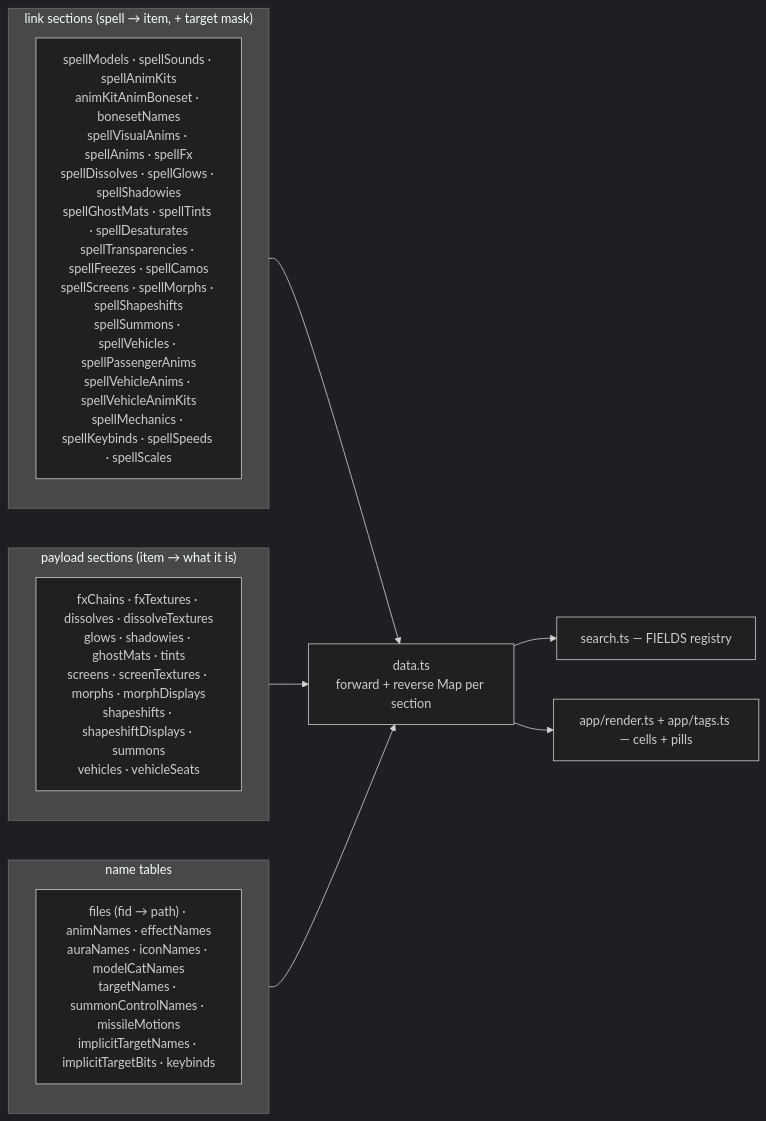
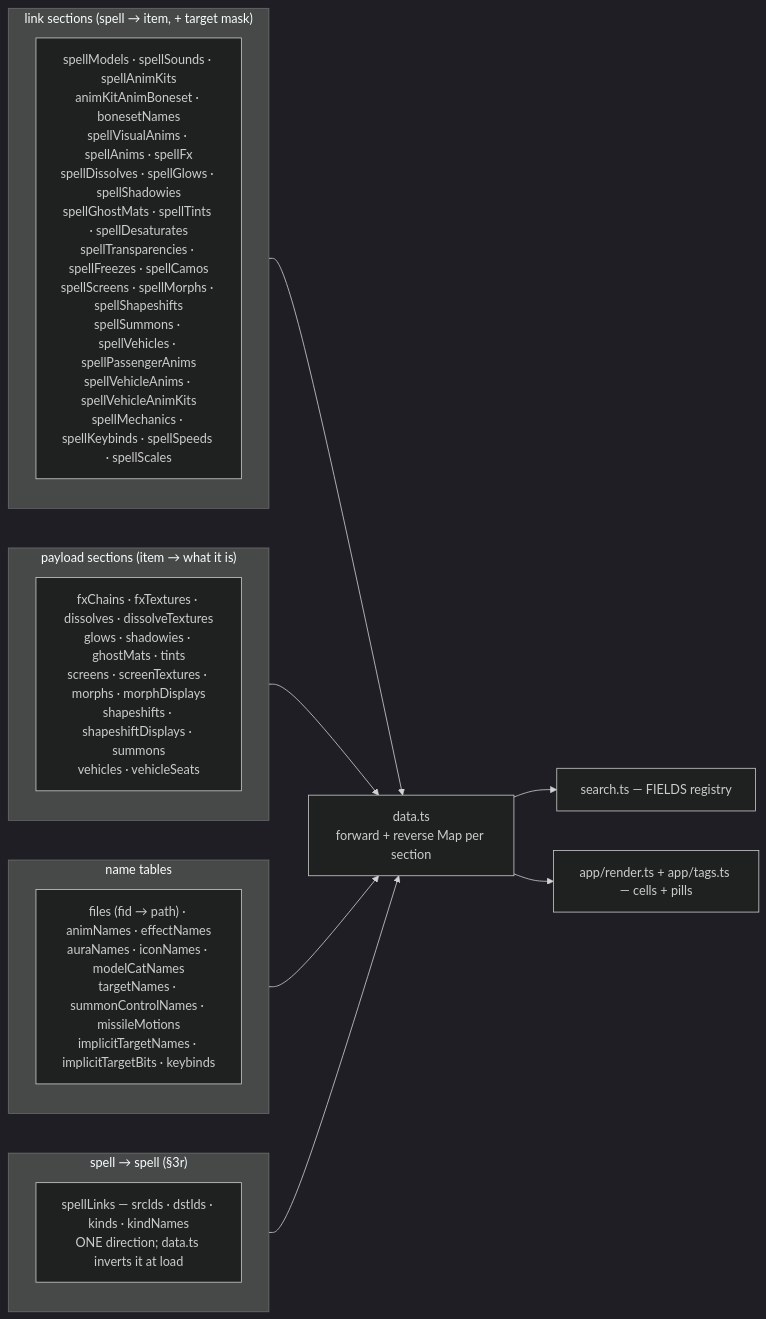
Diagram 20 of 21 in docs/DATA_ROUTES.md (Natans8/Epsilook), drawn with Mermaid (dark theme) before and after one commit. The commit also changed other lines of this file and 20 other files, not shown here.

````diff
--- a/docs/DATA_ROUTES.md
+++ b/docs/DATA_ROUTES.md
@@ -1005,17 +1067,21 @@
 ```mermaid
 flowchart LR
     subgraph LINK["link sections (spell → item, + target mask)"]
         L1["spellModels · spellSounds · spellAnimKits<br/>animKitAnimBoneset · bonesetNames<br/>spellVisualAnims · spellAnims · spellFx<br/>spellDissolves · spellGlows · spellShadowies<br/>spellGhostMats · spellTints · spellDesaturates<br/>spellTransparencies · spellFreezes · spellCamos<br/>spellScreens · spellMorphs · spellShapeshifts<br/>spellSummons · spellVehicles · spellPassengerAnims<br/>spellVehicleAnims · spellVehicleAnimKits<br/>spellMechanics · spellKeybinds · spellSpeeds · spellScales"]
+    end
+    subgraph SPELL["spell → spell (§3r)"]
+        S1["spellLinks — srcIds · dstIds · kinds · kindNames<br/>ONE direction; data.ts inverts it at load"]
     end
     subgraph PAY["payload sections (item → what it is)"]
         P1["fxChains · fxTextures · dissolves · dissolveTextures<br/>glows · shadowies · ghostMats · tints<br/>screens · screenTextures · morphs · morphDisplays<br/>shapeshifts · shapeshiftDisplays · summons<br/>vehicles · vehicleSeats"]
     end
     subgraph NAME["name tables"]
         N1["files (fid → path) · animNames · effectNames<br/>auraNames · iconNames · modelCatNames<br/>targetNames · summonControlNames · missileMotions<br/>implicitTargetNames · implicitTargetBits · keybinds"]
     end
     LINK --> IDX["data.ts<br/>forward + reverse Map per section"]
     PAY --> IDX
     NAME --> IDX
+    SPELL --> IDX
     IDX --> Q["search.ts — FIELDS registry"]
     IDX --> R["app/render.ts + app/tags.ts — cells + pills"]
 ```
````
